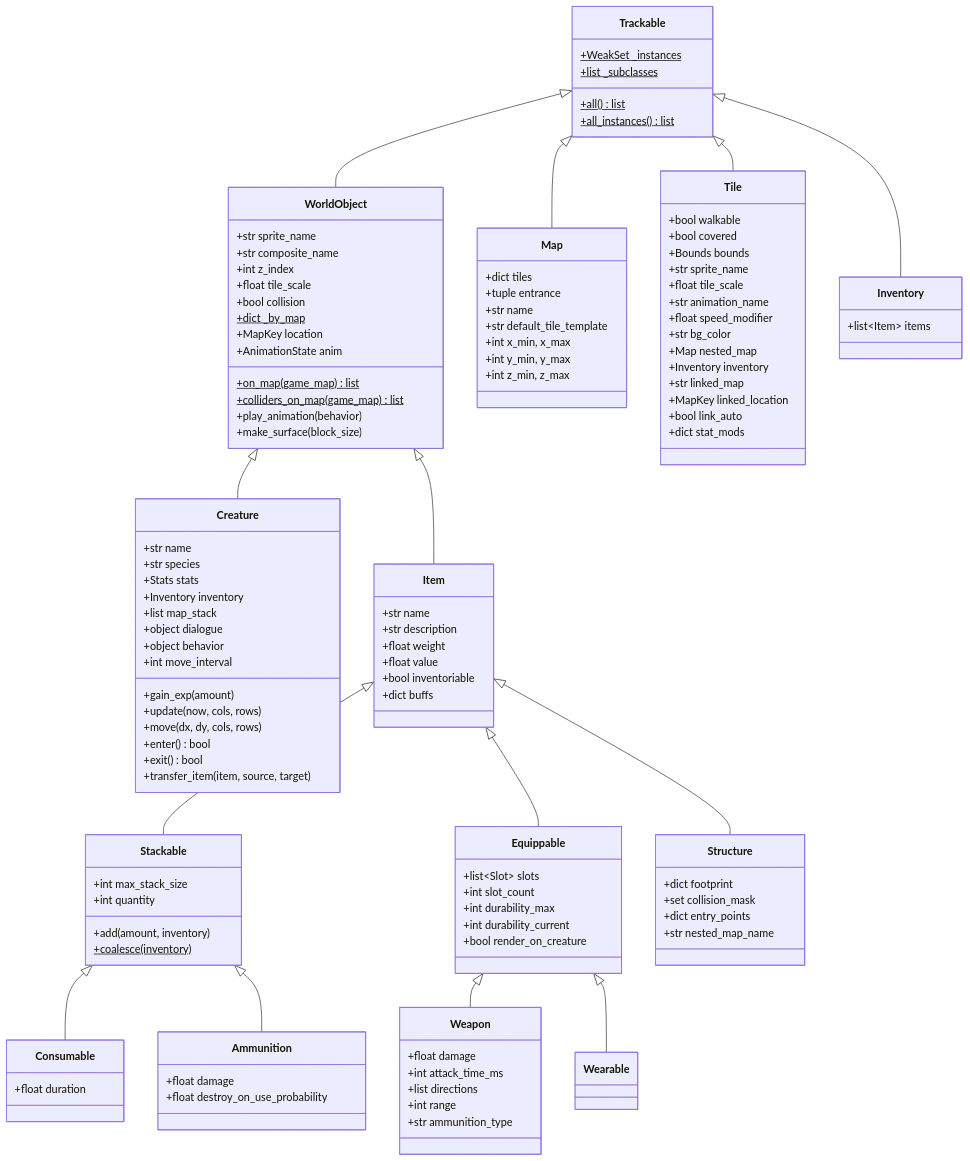
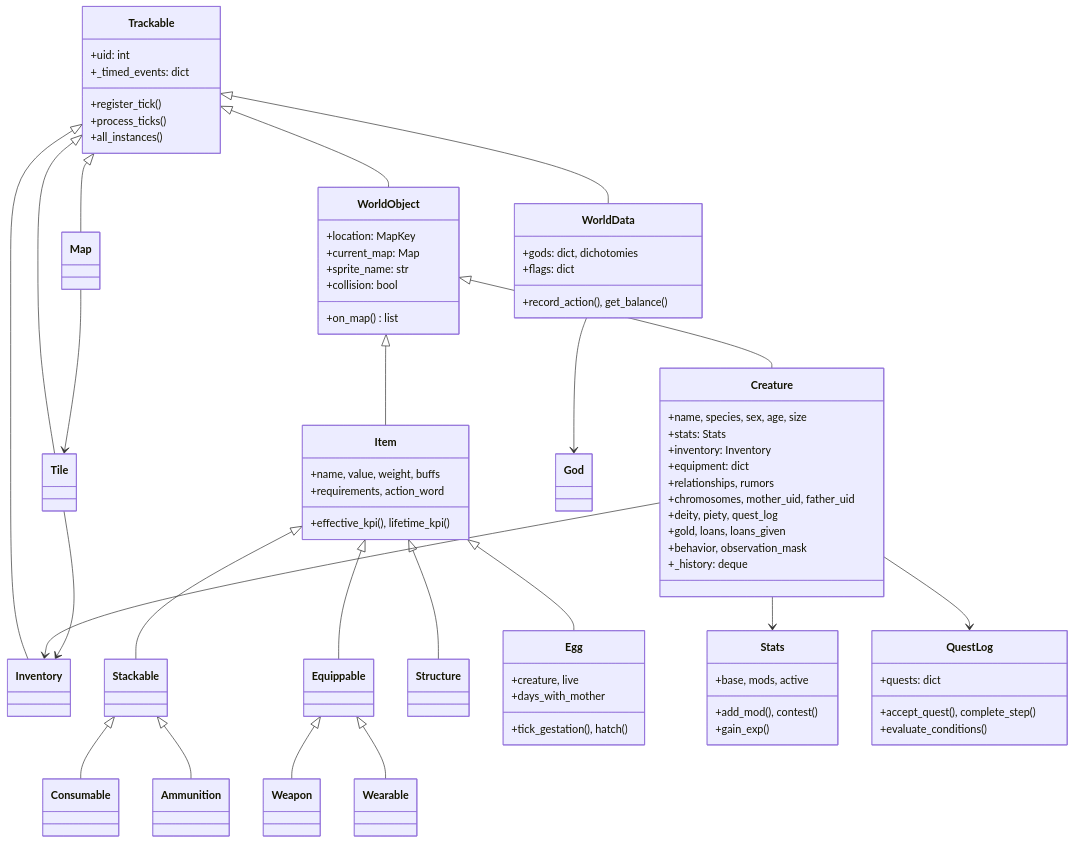
The first of 3 diagrams in src/ERDs/class_hierarchy.md (JOL11235813213455/game), drawn with Mermaid before and after one commit. The commit also changed other lines of this file and 2 other files, not shown here.

Commit message:
Update all ERDs: master, class hierarchy, add RL pipeline ERD
master.md: complete module map now includes classes/ (genetics, gods,
quest, observation, reward, actions, valuation, temporal), simulation/
(arena, headless, net, env, train), with full import arrows.

class_hierarchy.md: full class tree including Egg, WorldData, God,
QuestLog, behavior modules, simulation stack with CreatureNet params.

rl_pipeline.md (new): comprehensive training architecture docs:
- MAPPO → ES → PPO cycle with sequence diagram
- Per-tick data flow: creature → observation → mask → net → action →
  reward → buffer → history
- Full observation vector breakdown (27 sections)
- Reward function (13 signals)
- Creature spawning flow (genetics → expression → blend)
- Observation mask system diagram
- File reference with line counts

````diff
--- a/src/ERDs/class_hierarchy.md
+++ b/src/ERDs/class_hierarchy.md
@@ -5,141 +3,85 @@
 ```mermaid
 classDiagram
     Trackable <|-- WorldObject
+    Trackable <|-- Inventory
     Trackable <|-- Map
     Trackable <|-- Tile
-    Trackable <|-- Inventory
+    Trackable <|-- WorldData
 
     WorldObject <|-- Creature
     WorldObject <|-- Item
-
     Item <|-- Stackable
     Item <|-- Equippable
     Item <|-- Structure
-
+    Item <|-- Egg
     Stackable <|-- Consumable
     Stackable <|-- Ammunition
-
     Equippable <|-- Weapon
     Equippable <|-- Wearable
 
     class Trackable {
-        +WeakSet _instances$
-        +list _subclasses$
-        +all()$ list
-        +all_instances()$ list
+        +uid: int
+        +_timed_events: dict
+        +register_tick()
+        +process_ticks()
+        +all_instances()
     }
 
     class WorldObject {
-        +str sprite_name
-        +str composite_name
-        +int z_index
-        +float tile_scale
-        +bool collision
-        +dict _by_map$
-        +on_map(game_map)$ list
-        +colliders_on_map(game_map)$ list
-        +MapKey location
-        +AnimationState anim
-        +play_animation(behavior)
-        +make_surface(block_size)
+        +location: MapKey
+        +current_map: Map
+        +sprite_name: str
+        +collision: bool
+        +on_map() list
     }
 
     class Creature {
-        +str name
-        +str species
-        +Stats stats
-        +Inventory inventory
-        +list map_stack
-        +object dialogue
-        +object behavior
-        +int move_interval
-        +gain_exp(amount)
-        +update(now, cols, rows)
-        +move(dx, dy, cols, rows)
-        +enter() bool
-        +exit() bool
-        +transfer_item(item, source, target)
+        +name, species, sex, age, size
+        +stats: Stats
+        +inventory: Inventory
+        +equipment: dict
+        +relationships, rumors
+        +chromosomes, mother_uid, father_uid
+        +deity, piety, quest_log
+        +gold, loans, loans_given
+        +behavior, observation_mask
+        +_history: deque
+    }
+
+    class Stats {
+        +base, mods, active
+        +add_mod(), contest()
+        +gain_exp()
     }
 
     class Item {
-        +str name
-        +str description
-        +float weight
-        +float value
-        +bool inventoriable
-        +dict buffs
+        +name, value, weight, buffs
+        +requirements, action_word
+        +effective_kpi(), lifetime_kpi()
     }
 
-    class Stackable {
-        +int max_stack_size
-        +int quantity
-        +add(amount, inventory)
-        +coalesce(inventory)$
+    class Egg {
+        +creature, live
+        +days_with_mother
+        +tick_gestation(), hatch()
     }
 
-    class Consumable {
-        +float duration
+    class QuestLog {
+        +quests: dict
+        +accept_quest(), complete_step()
+        +evaluate_conditions()
     }
 
-    class Ammunition {
-        +float damage
-        +float destroy_on_use_probability
+    class WorldData {
+        +gods: dict, dichotomies
+        +flags: dict
+        +record_action(), get_balance()
     }
 
-    class Equippable {
-        +list~Slot~ slots
-        +int slot_count
-        +int durability_max
-        +int durability_current
-        +bool render_on_creature
-    }
-
-    class Weapon {
-        +float damage
-        +int attack_time_ms
-        +list directions
-        +int range
-        +str ammunition_type
-    }
-
-    class Wearable {
-    }
-
-    class Structure {
-        +dict footprint
-        +set collision_mask
-        +dict entry_points
-        +str nested_map_name
-    }
-
-    class Map {
-        +dict tiles
-        +tuple entrance
-        +str name
-        +str default_tile_template
-        +int x_min, x_max
-        +int y_min, y_max
-        +int z_min, z_max
-    }
-
-    class Tile {
-        +bool walkable
-        +bool covered
-        +Bounds bounds
-        +str sprite_name
-        +float tile_scale
-        +str animation_name
-        +float speed_modifier
-        +str bg_color
-        +Map nested_map
-        +Inventory inventory
-        +str linked_map
-        +MapKey linked_location
-        +bool link_auto
-        +dict stat_mods
-    }
-
-    class Inventory {
-        +list~Item~ items
-    }
+    Creature --> Stats
+    Creature --> Inventory
+    Creature --> QuestLog
+    WorldData --> God
+    Map --> Tile
+    Tile --> Inventory
 ```
````
